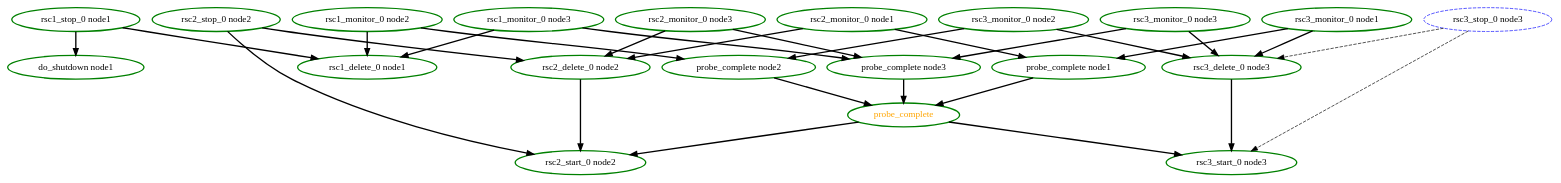
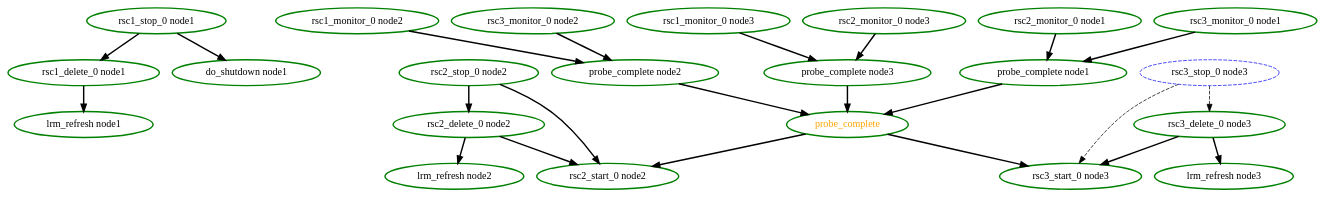
One commit to richiewen8/heartbeat changed the diagram in crm/pengine/testcases/params-2.dot. Above: the diagram before and after it, drawn with Graphviz. The commit also changed 105 other files, not shown here.

```diff
--- a/crm/pengine/testcases/params-2.dot
+++ b/crm/pengine/testcases/params-2.dot
@@ -1,50 +1,47 @@
 digraph "g" {
 	size = "30,30"
 "rsc1_stop_0 node1" [ style=bold color="green" fontcolor="black" ]
 "rsc1_delete_0 node1" [ style=bold color="green" fontcolor="black" ]
+"lrm_refresh node1" [ style=bold color="green" fontcolor="black" ]
 "rsc2_stop_0 node2" [ style=bold color="green" fontcolor="black" ]
 "rsc2_delete_0 node2" [ style=bold color="green" fontcolor="black" ]
+"lrm_refresh node2" [ style=bold color="green" fontcolor="black" ]
 "rsc3_stop_0 node3" [ style="dashed" color="blue" fontcolor="black" ]
 "rsc3_delete_0 node3" [ style=bold color="green" fontcolor="black" ]
+"lrm_refresh node3" [ style=bold color="green" fontcolor="black" ]
 "probe_complete" [ style=bold color="green" fontcolor="orange" ]
 "probe_complete node1" [ style=bold color="green" fontcolor="black" ]
 "rsc2_monitor_0 node1" [ style=bold color="green" fontcolor="black" ]
 "rsc3_monitor_0 node1" [ style=bold color="green" fontcolor="black" ]
 "probe_complete node2" [ style=bold color="green" fontcolor="black" ]
 "rsc1_monitor_0 node2" [ style=bold color="green" fontcolor="black" ]
 "rsc3_monitor_0 node2" [ style=bold color="green" fontcolor="black" ]
 "probe_complete node3" [ style=bold color="green" fontcolor="black" ]
 "rsc1_monitor_0 node3" [ style=bold color="green" fontcolor="black" ]
 "rsc2_monitor_0 node3" [ style=bold color="green" fontcolor="black" ]
-"rsc3_monitor_0 node3" [ style=bold color="green" fontcolor="black" ]
 "rsc2_start_0 node2" [ style=bold color="green" fontcolor="black" ]
 "rsc3_start_0 node3" [ style=bold color="green" fontcolor="black" ]
 "do_shutdown node1" [ style=bold color="green" fontcolor="black" ]
 "rsc1_stop_0 node1" -> "rsc1_delete_0 node1" [ style = bold]
-"rsc1_monitor_0 node2" -> "rsc1_delete_0 node1" [ style = bold]
-"rsc1_monitor_0 node3" -> "rsc1_delete_0 node1" [ style = bold]
+"rsc1_delete_0 node1" -> "lrm_refresh node1" [ style = bold]
 "rsc2_stop_0 node2" -> "rsc2_delete_0 node2" [ style = bold]
-"rsc2_monitor_0 node1" -> "rsc2_delete_0 node2" [ style = bold]
-"rsc2_monitor_0 node3" -> "rsc2_delete_0 node2" [ style = bold]
+"rsc2_delete_0 node2" -> "lrm_refresh node2" [ style = bold]
 "rsc3_stop_0 node3" -> "rsc3_delete_0 node3" [ style = dashed]
-"rsc3_monitor_0 node1" -> "rsc3_delete_0 node3" [ style = bold]
-"rsc3_monitor_0 node2" -> "rsc3_delete_0 node3" [ style = bold]
-"rsc3_monitor_0 node3" -> "rsc3_delete_0 node3" [ style = bold]
+"rsc3_delete_0 node3" -> "lrm_refresh node3" [ style = bold]
 "probe_complete node1" -> "probe_complete" [ style = bold]
 "probe_complete node2" -> "probe_complete" [ style = bold]
 "probe_complete node3" -> "probe_complete" [ style = bold]
 "rsc2_monitor_0 node1" -> "probe_complete node1" [ style = bold]
 "rsc3_monitor_0 node1" -> "probe_complete node1" [ style = bold]
 "rsc1_monitor_0 node2" -> "probe_complete node2" [ style = bold]
 "rsc3_monitor_0 node2" -> "probe_complete node2" [ style = bold]
 "rsc1_monitor_0 node3" -> "probe_complete node3" [ style = bold]
 "rsc2_monitor_0 node3" -> "probe_complete node3" [ style = bold]
-"rsc3_monitor_0 node3" -> "probe_complete node3" [ style = bold]
 "rsc2_stop_0 node2" -> "rsc2_start_0 node2" [ style = bold]
 "rsc2_delete_0 node2" -> "rsc2_start_0 node2" [ style = bold]
 "probe_complete" -> "rsc2_start_0 node2" [ style = bold]
 "rsc3_stop_0 node3" -> "rsc3_start_0 node3" [ style = dashed]
 "rsc3_delete_0 node3" -> "rsc3_start_0 node3" [ style = bold]
 "probe_complete" -> "rsc3_start_0 node3" [ style = bold]
 "rsc1_stop_0 node1" -> "do_shutdown node1" [ style = bold]
 }
```
